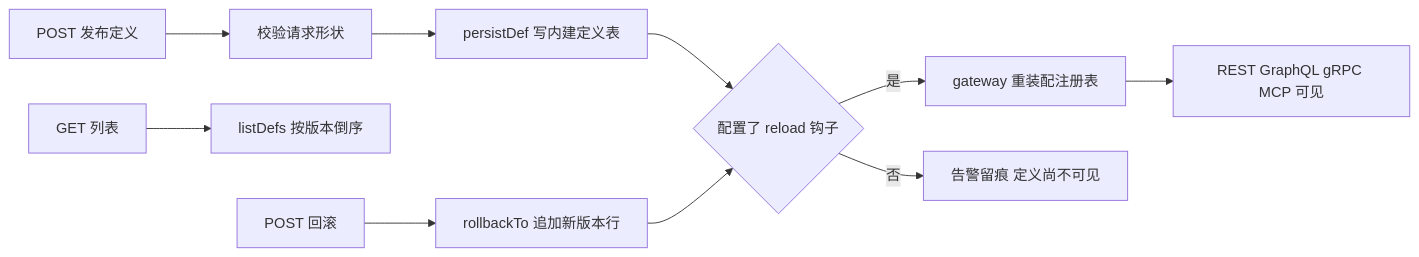
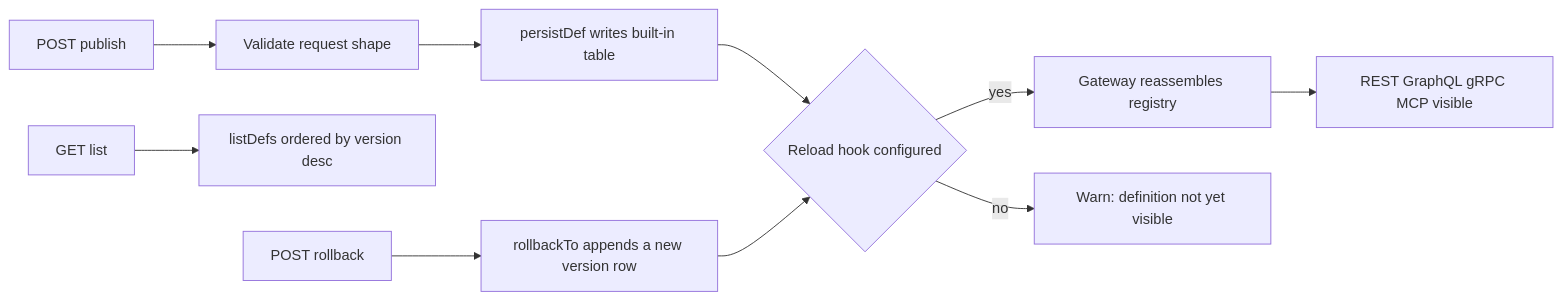
Before and after one commit to coenddt/meta-store: the diagram in README.md, drawn with Mermaid. The commit also changed other lines of this file and 1 other file, not shown here.

````diff
--- a/README.md
+++ b/README.md
@@ -182,12 +186,12 @@
 ```mermaid
 flowchart LR
-  P[POST 发布定义] --> V[校验请求形状]
-  V --> S[persistDef 写内建定义表]
-  S --> H{配置了 reload 钩子}
-  H -->|是| G[gateway 重装配注册表]
-  H -->|否| W[告警留痕 定义尚不可见]
-  G --> R[REST GraphQL gRPC MCP 可见]
-  L[GET 列表] --> Q[listDefs 按版本倒序]
-  B[POST 回滚] --> A[rollbackTo 追加新版本行]
+  P[POST publish] --> V[Validate request shape]
+  V --> S[persistDef writes built-in table]
+  S --> H{Reload hook configured}
+  H -->|yes| G[Gateway reassembles registry]
+  H -->|no| W[Warn: definition not yet visible]
+  G --> R[REST GraphQL gRPC MCP visible]
+  L[GET list] --> Q[listDefs ordered by version desc]
+  B[POST rollback] --> A[rollbackTo appends a new version row]
   A --> H
 ```
````
